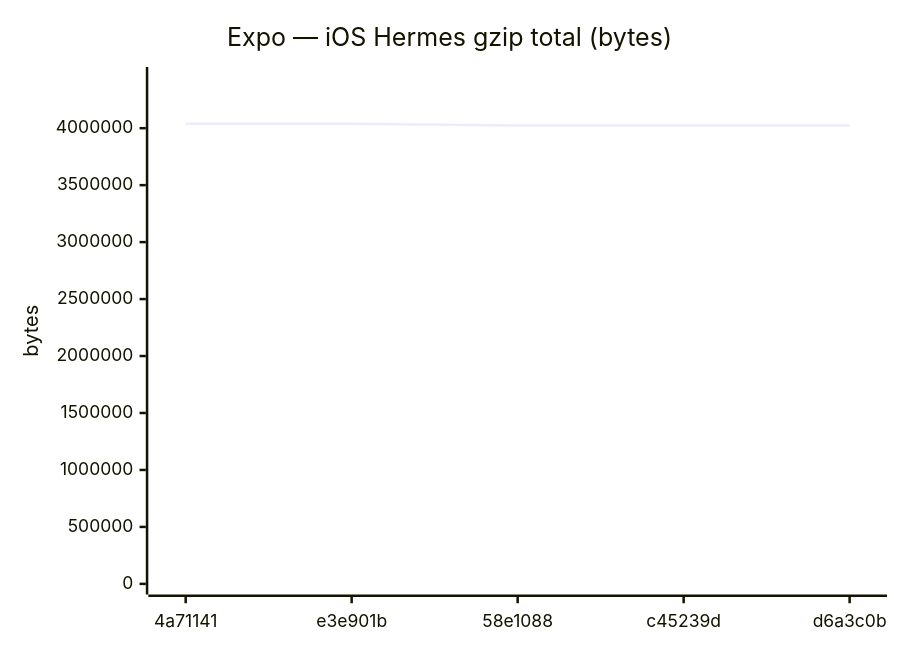
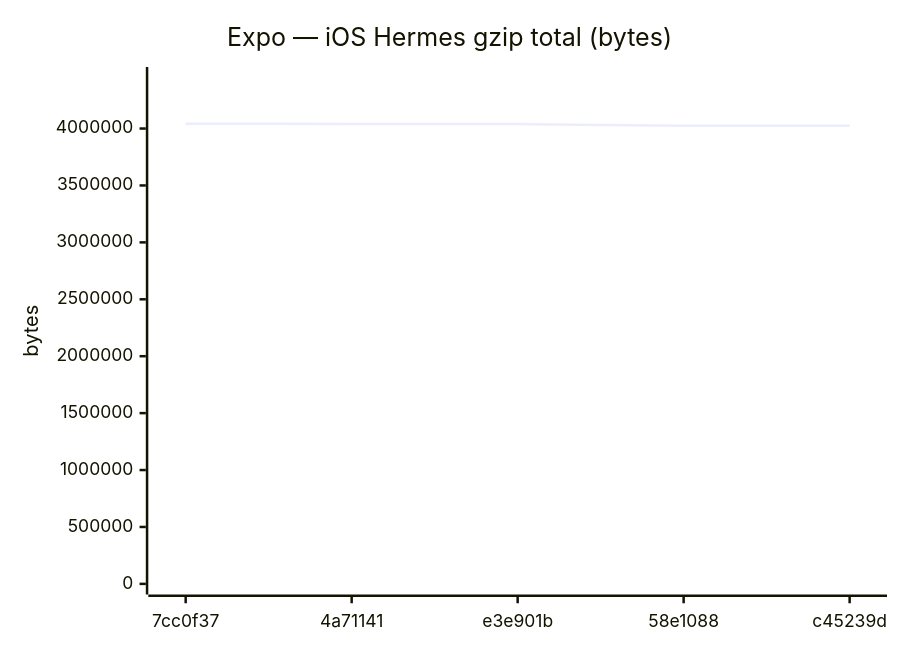
Diagram 12 of 18 in benchmarks/compare.md (Metaheurist/Rianell), drawn with Mermaid before and after one commit. The commit also changed other lines of this file and 11 other files, not shown here.

````diff
--- a/benchmarks/compare.md
+++ b/benchmarks/compare.md
@@ -179,7 +179,7 @@
 ```mermaid
 xychart-beta
     title "Expo — iOS Hermes gzip total (bytes)"
-    x-axis ["4a71141", "e3e901b", "58e1088", "c45239d", "d6a3c0b"]
-    y-axis "bytes" 0 --> 4443790
-    line [4039809, 4039179, 4023650, 4023650, 4023645]
+    x-axis ["7cc0f37", "4a71141", "e3e901b", "58e1088", "c45239d"]
+    y-axis "bytes" 0 --> 4447254
+    line [4042958, 4039809, 4039179, 4023650, 4023650]
 ```
````
